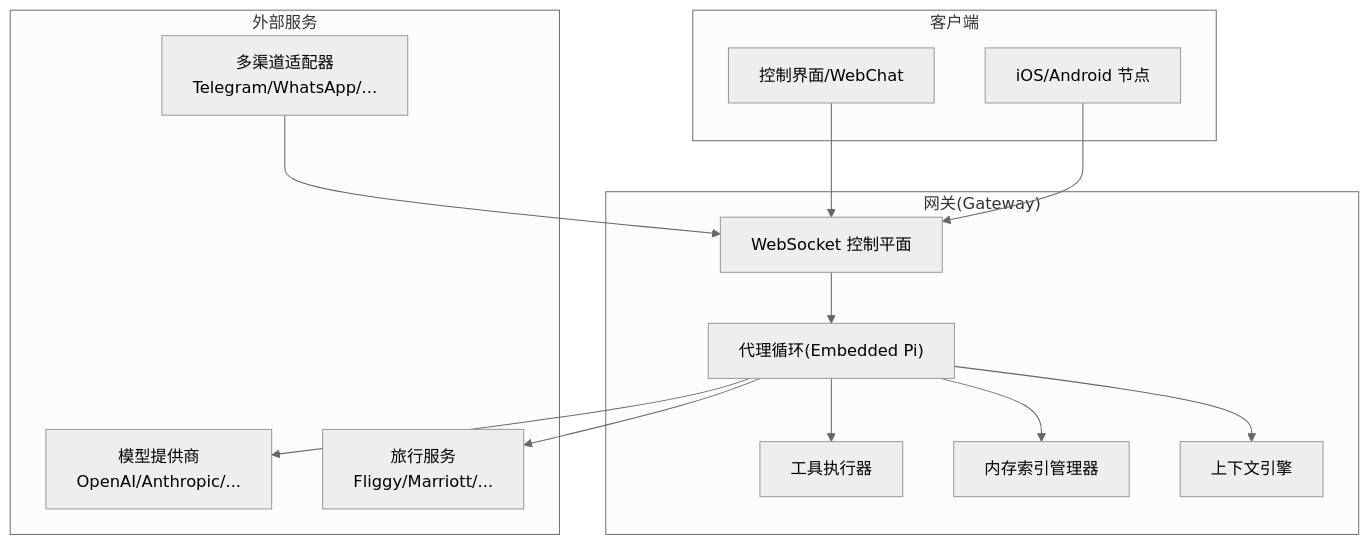
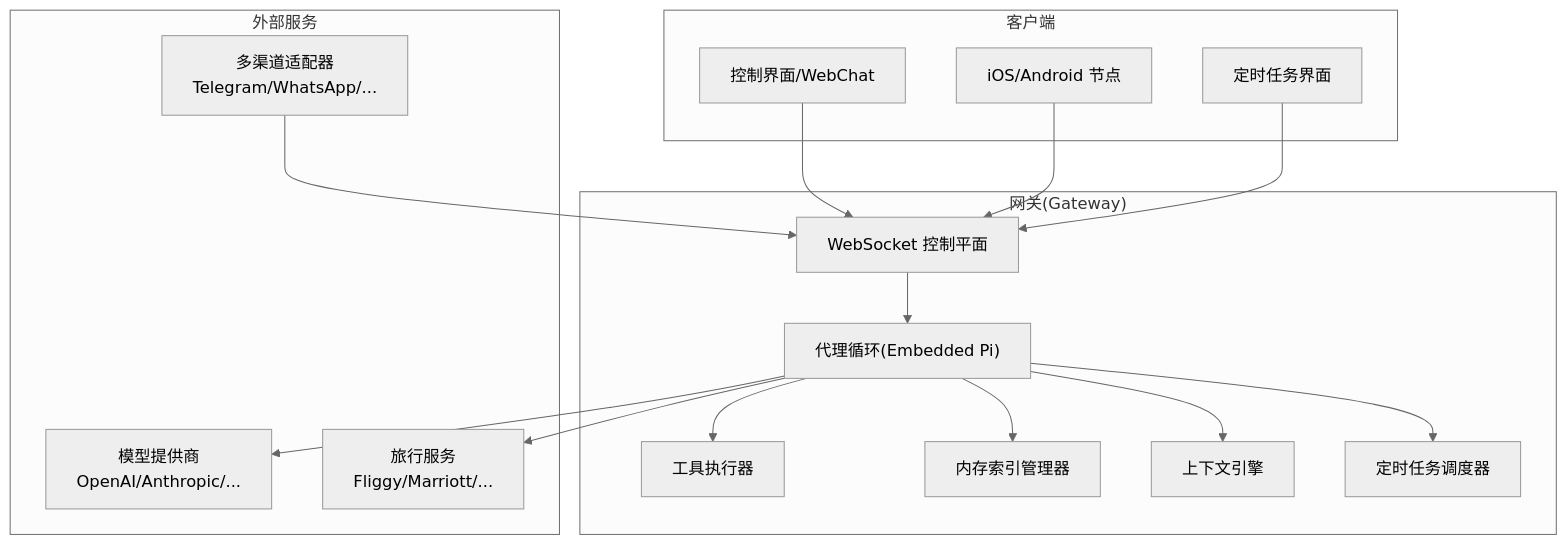
The first of 15 diagrams in .qoder/repowiki/zh/content/AI代理系统/AI代理系统.md (verse-ai-org/openclaw), drawn with Mermaid (neutral theme) before and after one commit. The commit also changed other lines of this file and 55 other files, not shown here.

````diff
--- a/.qoder/repowiki/zh/content/AI代理系统/AI代理系统.md
+++ b/.qoder/repowiki/zh/content/AI代理系统/AI代理系统.md
@@ -65,28 +71,32 @@
 ```mermaid
 graph TB
 subgraph "客户端"
 UI["控制界面/WebChat"]
 Nodes["iOS/Android 节点"]
+ScheduledTasks["定时任务界面"]
 end
 subgraph "网关(Gateway)"
 WS["WebSocket 控制平面"]
 AgentLoop["代理循环(Embedded Pi)"]
 Tools["工具执行器"]
 Memory["内存索引管理器"]
 CE["上下文引擎"]
+Cron["定时任务调度器"]
 end
 subgraph "外部服务"
 Channels["多渠道适配器<br/>Telegram/WhatsApp/..."]
 Providers["模型提供商<br/>OpenAI/Anthropic/..."]
 TravelServices["旅行服务<br/>Fliggy/Marriott/..."]
 end
 UI --> WS
 Nodes --> WS
+ScheduledTasks --> WS
 WS --> AgentLoop
 AgentLoop --> Tools
 AgentLoop --> Memory
 AgentLoop --> CE
 AgentLoop --> Providers
 AgentLoop --> TravelServices
+AgentLoop --> Cron
 Channels --> WS
 ```
````
